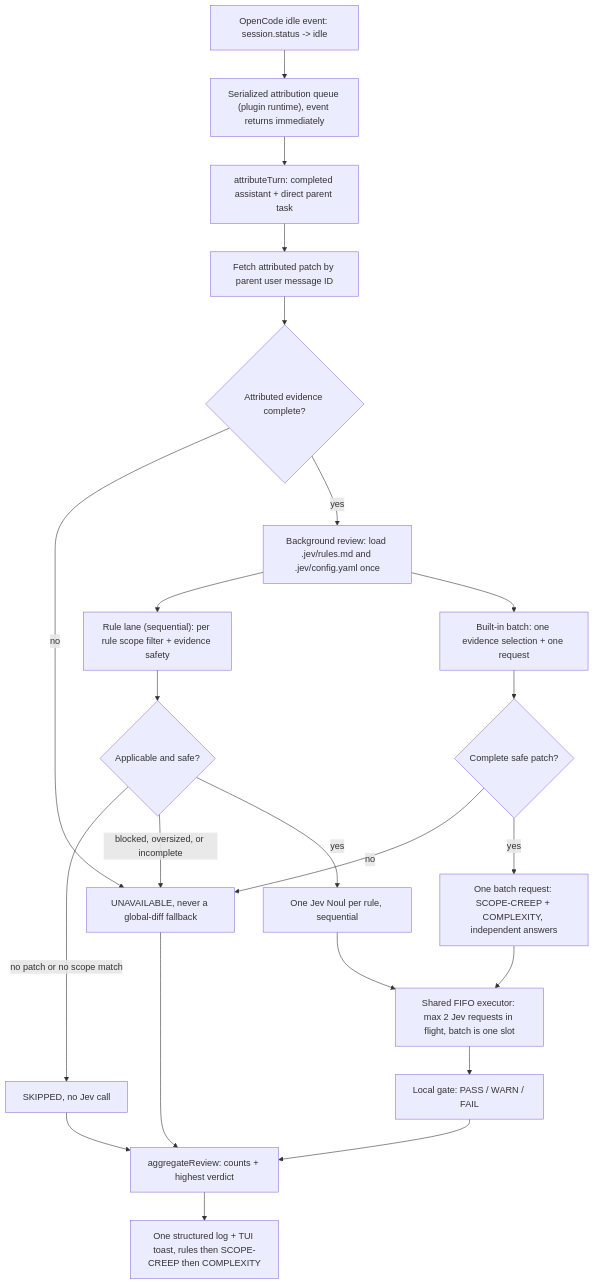
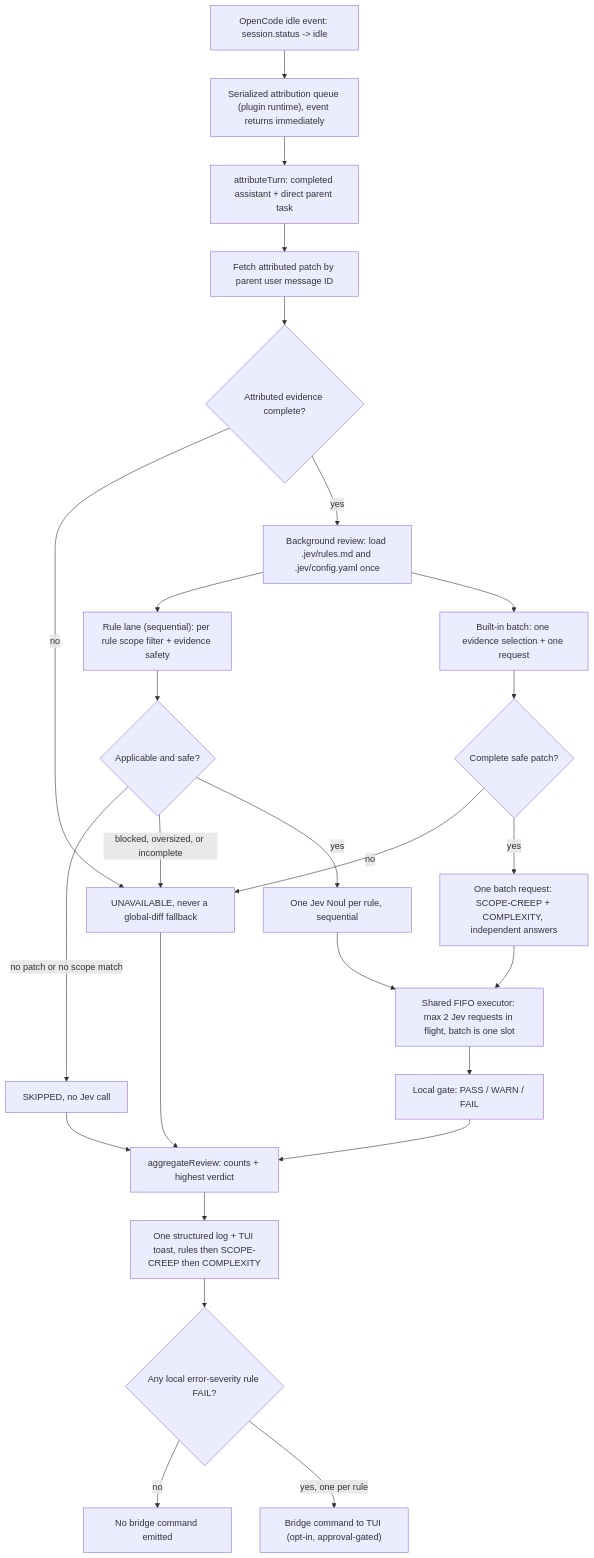
One commit to pablozr/JevGuard changed the diagram in CONTRIBUTING.md. Above: the diagram before and after it, drawn with Mermaid. The commit also changed other lines of this file and 4 other files, not shown here.

Commit message:
docs: describe approval-gated remediation

````diff
--- a/CONTRIBUTING.md
+++ b/CONTRIBUTING.md
@@ -103,25 +107,28 @@
 ```mermaid
 flowchart TD
     A["OpenCode idle event: session.status -> idle"] --> B["Serialized attribution queue (plugin runtime), event returns immediately"]
     B --> C["attributeTurn: completed assistant + direct parent task"]
     C --> D["Fetch attributed patch by parent user message ID"]
     D --> E{"Attributed evidence complete?"}
     E -->|no| X["UNAVAILABLE, never a global-diff fallback"]
     E -->|yes| F["Background review: load .jev/rules.md and .jev/config.yaml once"]
     F --> G["Rule lane (sequential): per rule scope filter + evidence safety"]
     F --> N["Built-in batch: one evidence selection + one request"]
     G --> H{"Applicable and safe?"}
     H -->|no patch or no scope match| S["SKIPPED, no Jev call"]
     H -->|blocked, oversized, or incomplete| X
     H -->|yes| I["One Jev Noul per rule, sequential"]
     N --> O{"Complete safe patch?"}
     O -->|no| X
     O -->|yes| Q["One batch request: SCOPE-CREEP + COMPLEXITY, independent answers"]
     I --> R["Shared FIFO executor: max 2 Jev requests in flight, batch is one slot"]
     Q --> R
     R --> J["Local gate: PASS / WARN / FAIL"]
     J --> K["aggregateReview: counts + highest verdict"]
     S --> K
     X --> K
     K --> L["One structured log + TUI toast, rules then SCOPE-CREEP then COMPLEXITY"]
+    L --> M{"Any local error-severity rule FAIL?"}
+    M -->|no| Z["No bridge command emitted"]
+    M -->|yes, one per rule| P["Bridge command to TUI (opt-in, approval-gated)"]
 ```
````
